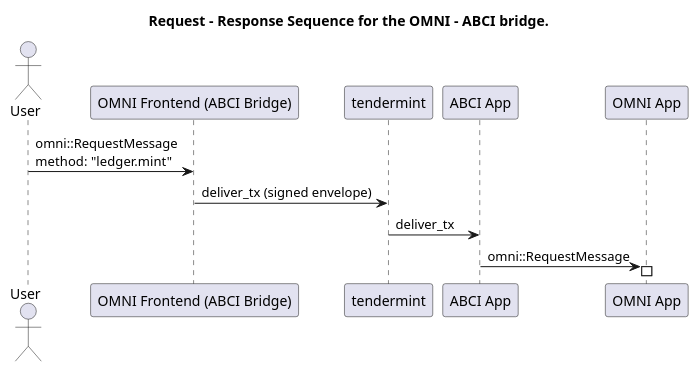
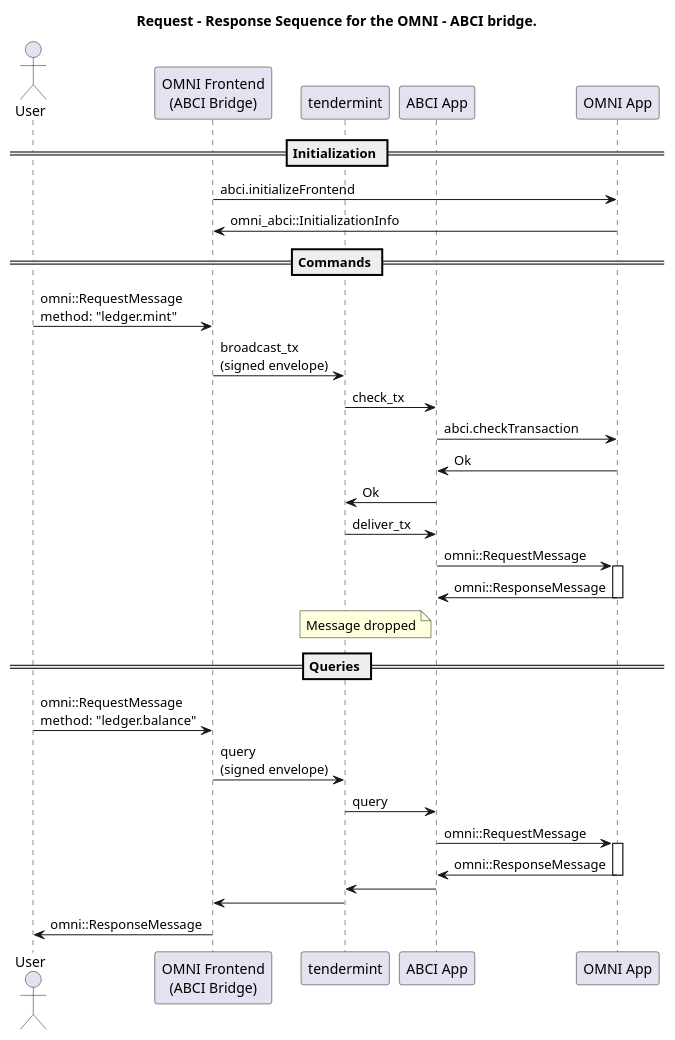
The diagram in omni-abci/docs/request-response.puml (liftedinit/many-framework), drawn with PlantUML before and after one commit. The commit also changed 30 other files, not shown here.

```diff
--- a/omni-abci/docs/request-response.puml
+++ b/omni-abci/docs/request-response.puml
@@ -1,23 +1,72 @@
 @startuml
 title Request - Response Sequence for the OMNI - ABCI bridge.
 
 actor user as "User"
-participant omni as "OMNI Frontend (ABCI Bridge)"
+participant omni as "OMNI Frontend\n(ABCI Bridge)"
 participant tendermint
 participant abci_app as "ABCI App"
 participant omni_app as "OMNI App"
 
+== Initialization ==
+omni -> omni_app : \
+    abci.initializeFrontend
+omni_app -> omni : \
+    omni_abci::InitializationInfo
+
+== Commands ==
+
 user -> omni : \
     omni::RequestMessage\nmethod: "ledger.mint"
 omni -> tendermint : \
-    deliver_tx (signed envelope)
+    broadcast_tx\n(signed envelope)
+
+tendermint -> abci_app : \
+    check_tx
+
+abci_app -> omni_app : \
+    abci.checkTransaction
+
+omni_app -> abci_app : \
+    Ok
+
+abci_app -> tendermint : \
+    Ok
 
 tendermint -> abci_app : \
     deliver_tx
 
 abci_app -> omni_app : \
     omni::RequestMessage
 
 activate omni_app
+omni_app -> abci_app : omni::ResponseMessage
+note left of abci_app
+  Message dropped
+end note
+deactivate
+
+' ---
+
+== Queries ==
+
+user -> omni : \
+    omni::RequestMessage\nmethod: "ledger.balance"
+omni -> tendermint : \
+    query\n(signed envelope)
+
+tendermint -> abci_app : \
+    query
+
+abci_app -> omni_app : \
+    omni::RequestMessage
+
+activate omni_app
+omni_app -> abci_app : omni::ResponseMessage
+deactivate
+
+abci_app -> tendermint
+tendermint -> omni
+omni -> user : \
+    omni::ResponseMessage
 
 @enduml
```
